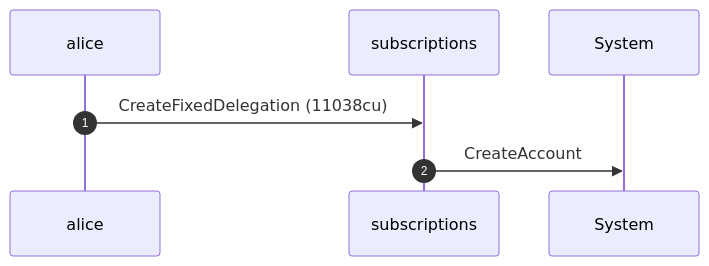
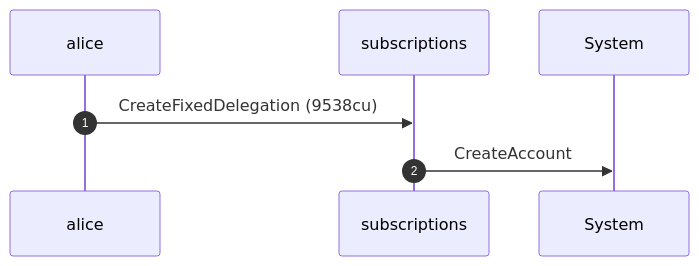
The fifth of 12 diagrams in dsl_tests/fixed-transfer-after-expiry-is-refused.md (cds-rs/subscriptions), drawn with Mermaid before and after one commit. The commit also changed other lines of this file and 224 other files, not shown here.

````diff
--- a/dsl_tests/fixed-transfer-after-expiry-is-refused.md
+++ b/dsl_tests/fixed-transfer-after-expiry-is-refused.md
@@ -104,9 +110,9 @@
 ```mermaid
 sequenceDiagram
     autonumber
     participant alice
     participant subscriptions
     participant System
-    alice ->> subscriptions: CreateFixedDelegation (11038cu)
+    alice ->> subscriptions: CreateFixedDelegation (9538cu)
     subscriptions ->> System: CreateAccount
 ```
````
